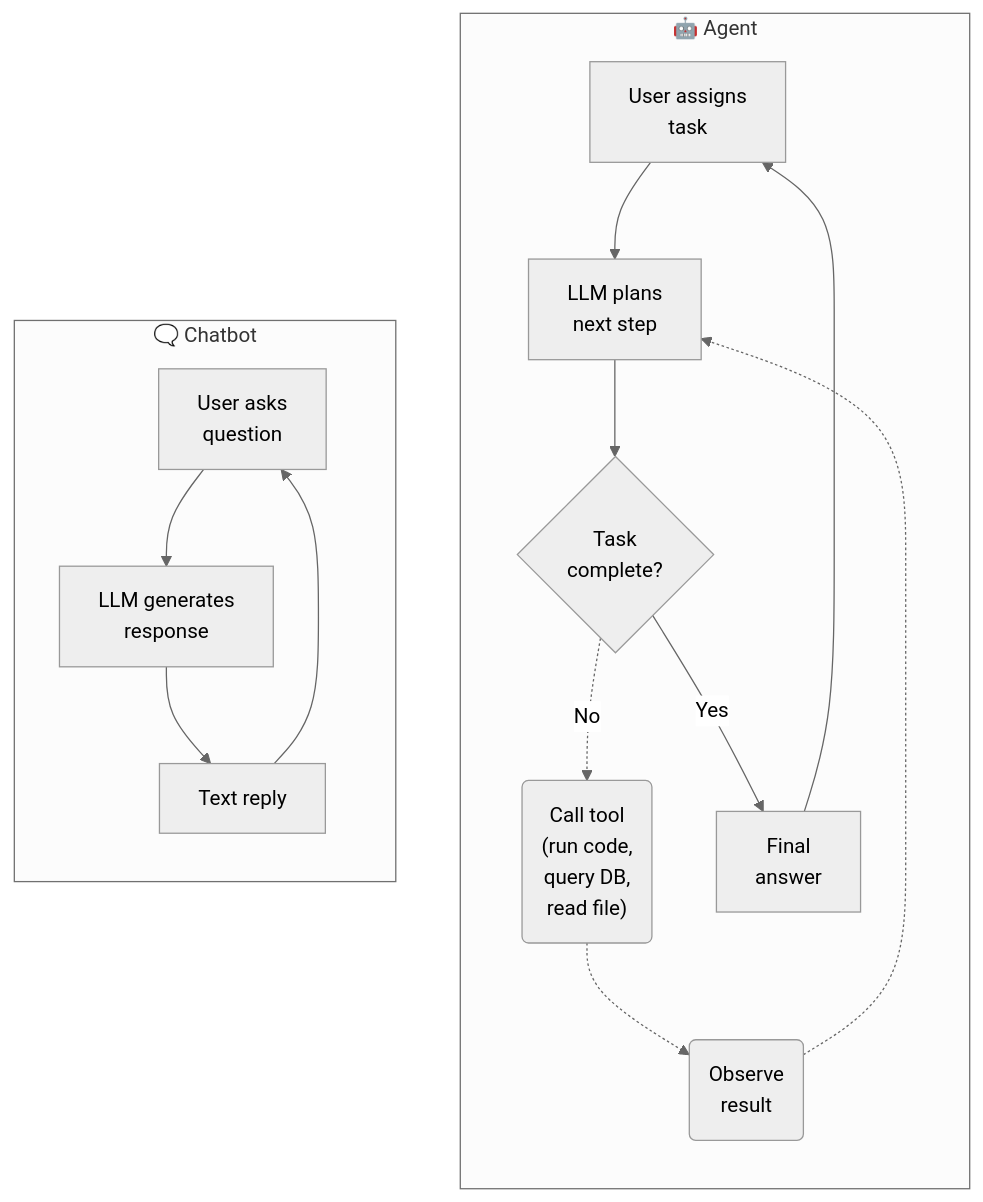
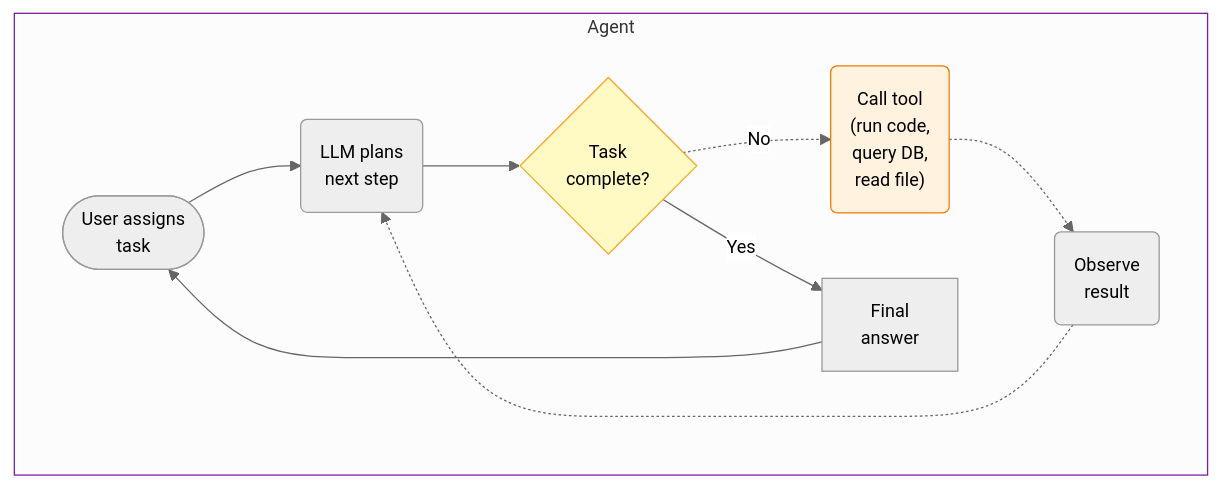
Before and after one commit to mjfrigaard/shiny-app-pkgs: the third of 6 diagrams in tools.qmd, drawn with Mermaid. The commit also changed other lines of this file and 7 other files, not shown here.

````diff
--- a/tools.qmd
+++ b/tools.qmd
@@ -255,29 +273,21 @@
 ```{mermaid}
-%%| fig-cap: 'Agents vs. Chatbots'
+%%| fig-cap: 'Agents'
 %%| fig-align: center
-%%{init: {'theme': 'neutral', 'themeVariables': { 'fontFamily': 'monospace', "fontSize":"16px"}}}%%
-flowchart TB
+%%{init: {'theme': 'neutral', 'themeVariables': { 'fontFamily': 'monospace', "fontSize":"14px"}}}%%
 
-    subgraph Agent["🤖 Agent"]
-        direction TB
-        UserAg["User assigns<br>task"] --> LlmAg["LLM plans<br>next step"]
+flowchart TD
+    subgraph Agent["Agent"]
+        direction LR
+        UserAg(["User assigns<br>task"]) --> LlmAg("LLM plans<br>next step")
         LlmAg --> Decide{Task<br/>complete?}
         Decide -.->|No| ToolCall("Call tool <br>(run code,<br> query DB,<br> read file)")
         ToolCall -.-> Observe(Observe<br>result)
         Observe -.-> LlmAg
         Decide -->|Yes| FinalAg[Final<br>answer]
         FinalAg --> UserAg
     end
-    
-    subgraph Chatbot["🗨️ Chatbot"]
-        direction TB
-        UserCB[User asks<br>question] --> LlmCB[LLM generates<br>response]
-        LlmCB --> ReplyCB[Text reply]
-        ReplyCB --> UserCB
-    end
 
-    %% style Chatbot fill:#e3f2fd,stroke:#1976d2
-    %% style Agent fill:#f3e5f5,stroke:#7b1fa2
-    %% style ToolCall fill:#fff3e0,stroke:#f57c00
-    %% style Decide fill:#fff9c4,stroke:#f9a825
+    style Agent stroke:#7b1fa2
+    style ToolCall fill:#fff3e0,stroke:#f57c00
+    style Decide fill:#fff9c4,stroke:#f9a825
 ```
````
